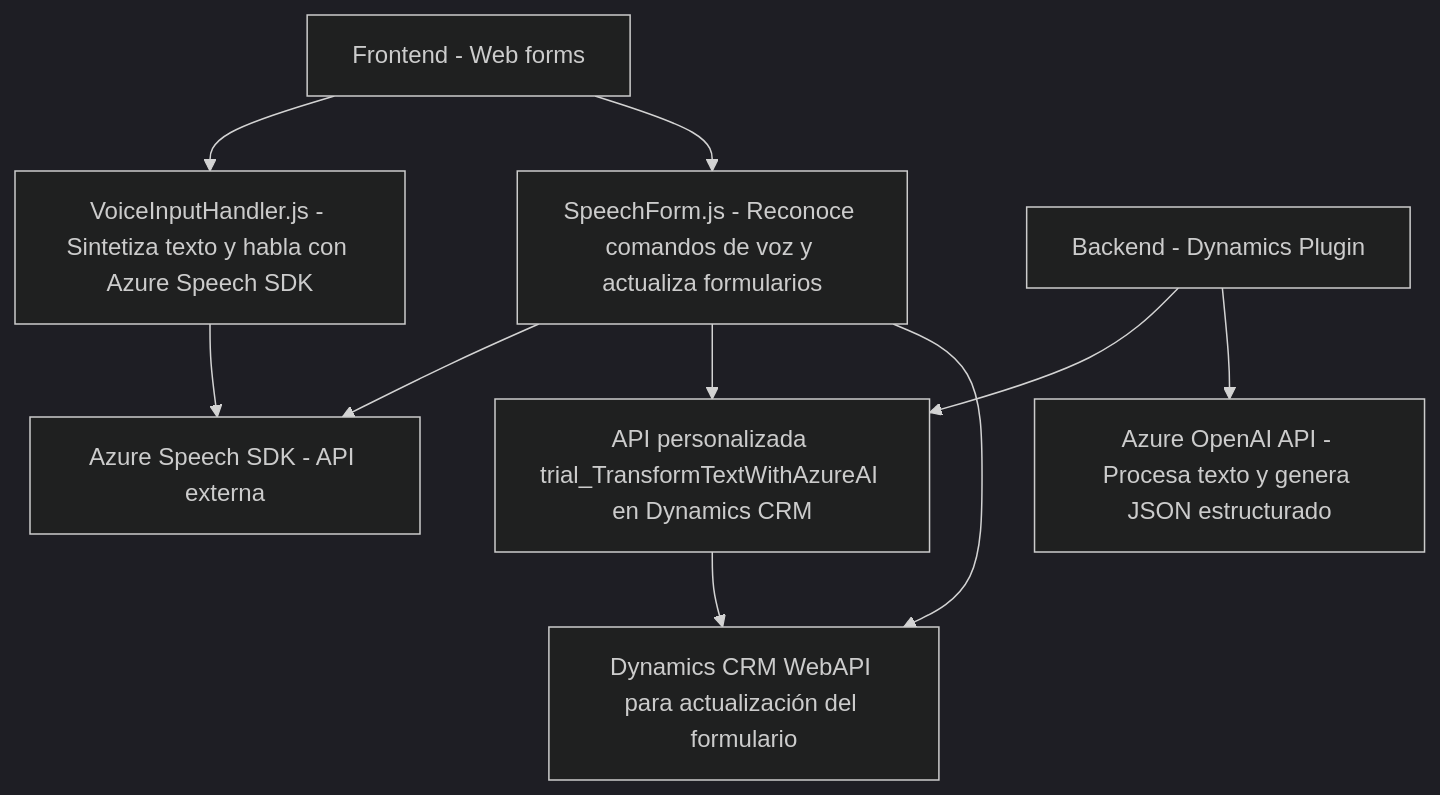
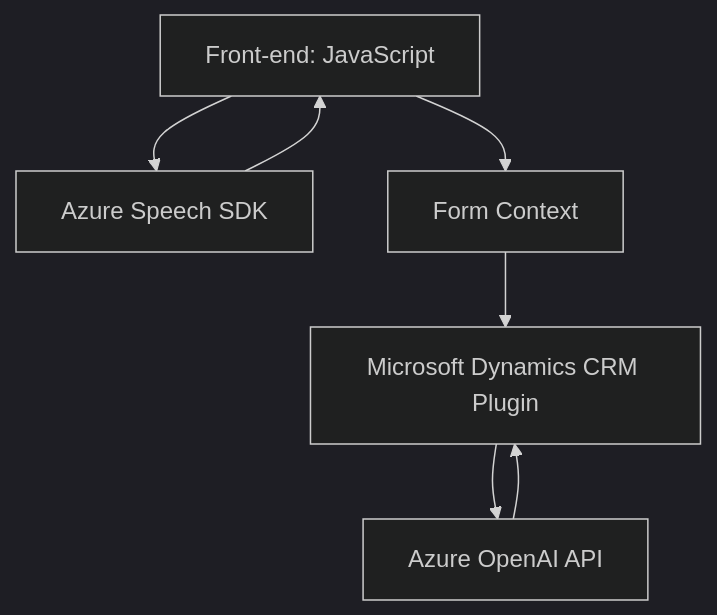
The diagram in README.md (blopezdm/NETCORE_BILBAO2025), drawn with Mermaid (dark theme) before and after one commit. The commit also changed other lines of this file, not shown here.

Commit message:
Actualizar análisis global de la solución con IA

````diff
--- a/README.md
+++ b/README.md
@@ -47,15 +36,14 @@
 ```mermaid
 graph TD
-    A["Frontend - Web forms"] --> B["VoiceInputHandler.js - Sintetiza texto y habla con Azure Speech SDK"]
-    A --> C["SpeechForm.js - Reconoce comandos de voz y actualiza formularios"]
-    
-    B --> D["Azure Speech SDK - API externa"]
+    A["Front-end: JavaScript"]
+    B["Azure Speech SDK"]
+    C["Microsoft Dynamics CRM Plugin"]
+    D["Azure OpenAI API"]
+    E["Form Context"]
+    A --> B
+    A --> E
+    B --> A
+    E --> C
     C --> D
-    C --> E["API personalizada trial_TransformTextWithAzureAI en Dynamics CRM"]
-
-    F["Backend - Dynamics Plugin"] --> E
-    F --> G["Azure OpenAI API - Procesa texto y genera JSON estructurado"]
-
-    E --> H["Dynamics CRM WebAPI para actualización del formulario"]
-    C --> H
+    D --> C
 ```
````
